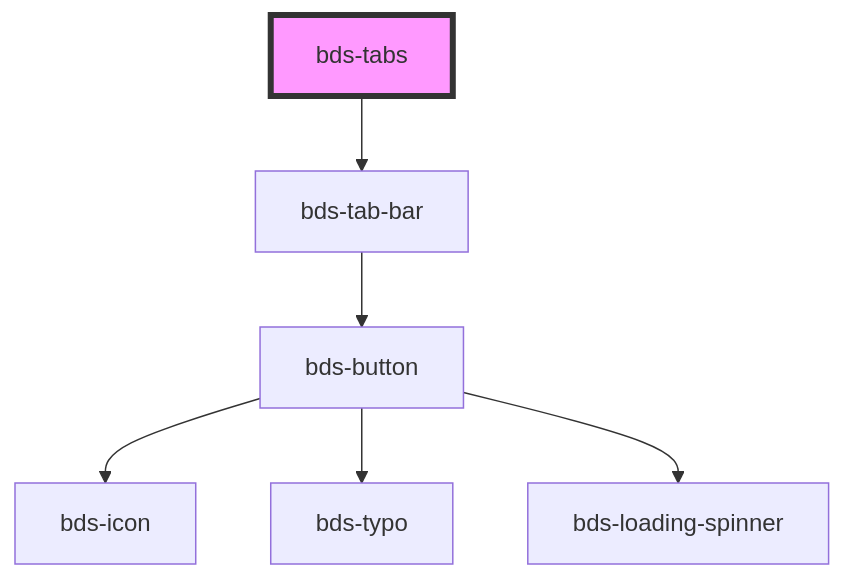
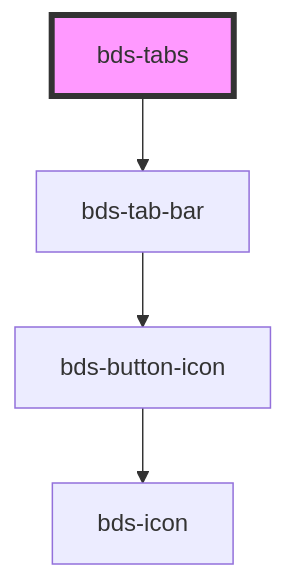
Before and after one commit to takenet/blip-ds: the diagram in src/components/tabs/readme.md, drawn with Mermaid. The commit also changed 6 other files, not shown here.

````diff
--- a/src/components/tabs/readme.md
+++ b/src/components/tabs/readme.md
@@ -22,9 +22,7 @@
 ```mermaid
 graph TD;
   bds-tabs --> bds-tab-bar
-  bds-tab-bar --> bds-button
-  bds-button --> bds-icon
-  bds-button --> bds-typo
-  bds-button --> bds-loading-spinner
+  bds-tab-bar --> bds-button-icon
+  bds-button-icon --> bds-icon
   style bds-tabs fill:#f9f,stroke:#333,stroke-width:4px
 ```
````
